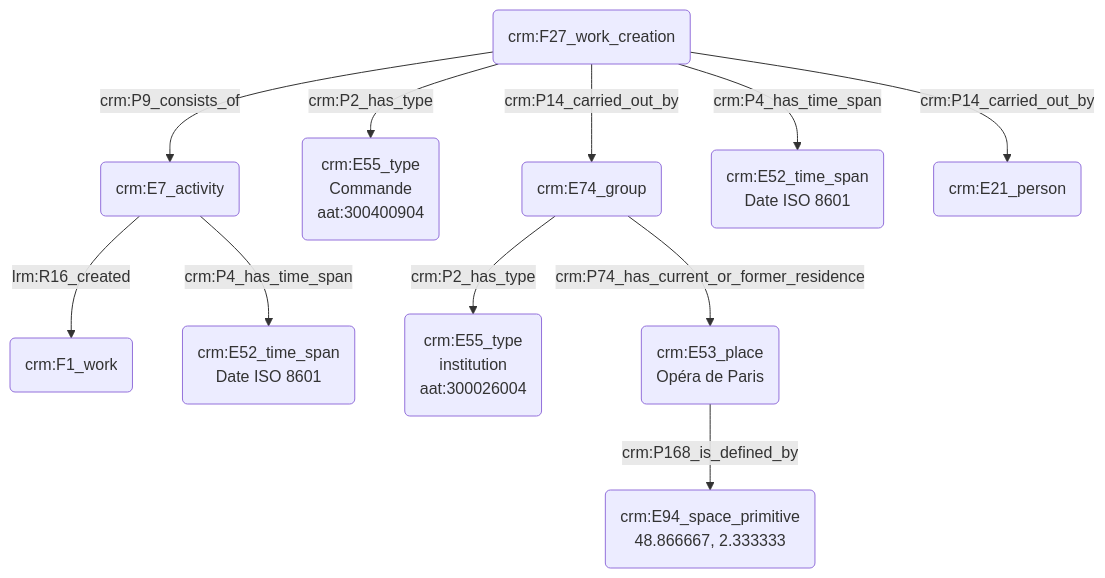
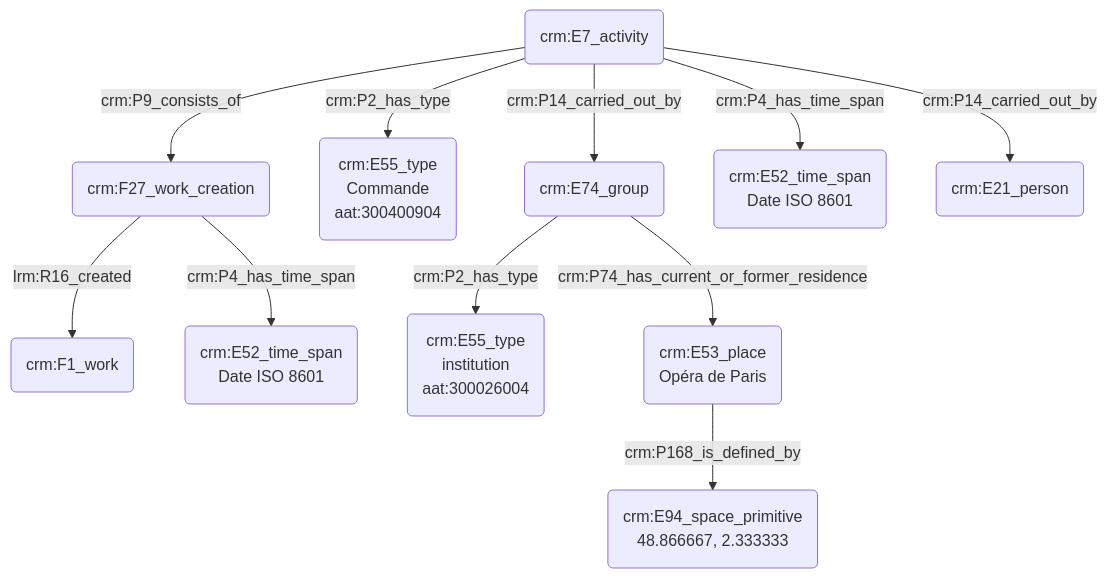
One commit to Amleth/consortium-musica2-gt2-ontologies changed the diagram in modules/livrables/Dossier 2/Indexation conceptuelle/commanditaire d'une œuvre.md. Above: the diagram before and after it, drawn with Mermaid.

Commit message:
Update commanditaire d'une œuvre.md

````diff
--- a/modules/livrables/Dossier 2/Indexation conceptuelle/commanditaire d'une œuvre.md
+++ b/modules/livrables/Dossier 2/Indexation conceptuelle/commanditaire d'une œuvre.md
@@ -17,18 +17,18 @@
 ```mermaid
 graph TD;
 
-A(crm:E7_activity) --> |lrm:R16_created| B(crm:F1_work)
-A(crm:E7_activity) --> |crm:P4_has_time_span| J(crm:E52_time_span<br>Date ISO 8601)
+A(crm:F27_work_creation) --> |lrm:R16_created| B(crm:F1_work)
+A(crm:F27_work_creation) --> |crm:P4_has_time_span| J(crm:E52_time_span<br>Date ISO 8601)
 
-C(crm:F27_work_creation) -->|crm:P9_consists_of| A(crm:E7_activity)
-C(crm:F27_work_creation) --> |crm:P2_has_type| D(crm:E55_type<br>Commande<br>aat:300400904)
-C(crm:F27_work_creation) --> |crm:P14_carried_out_by| E(crm:E74_group)
-C(crm:F27_work_creation) --> |crm:P4_has_time_span| K(crm:E52_time_span<br>Date ISO 8601)
+C(crm:E7_activity) -->|crm:P9_consists_of| A(crm:F27_work_creation)
+C(crm:E7_activity) --> |crm:P2_has_type| D(crm:E55_type<br>Commande<br>aat:300400904)
+C(crm:E7_activity) --> |crm:P14_carried_out_by| E(crm:E74_group)
+C(crm:E7_activity) --> |crm:P4_has_time_span| K(crm:E52_time_span<br>Date ISO 8601)
 E(crm:E74_group) -->|crm:P2_has_type| F(crm:E55_type<br>institution<br>aat:300026004)
 E(crm:E74_group) --> |crm:P74_has_current_or_former_residence| I(crm:E53_place<br>Opéra de Paris)
 I(crm:E53_place<br>Opéra de Paris) --> |crm:P168_is_defined_by| G(crm:E94_space_primitive
 48.866667, 2.333333)
-C(crm:F27_work_creation) --> |crm:P14_carried_out_by| H(crm:E21_person<John Doe)
+C(crm:E7_activity) --> |crm:P14_carried_out_by| H(crm:E21_person<John Doe)
 
 
 ```
````
